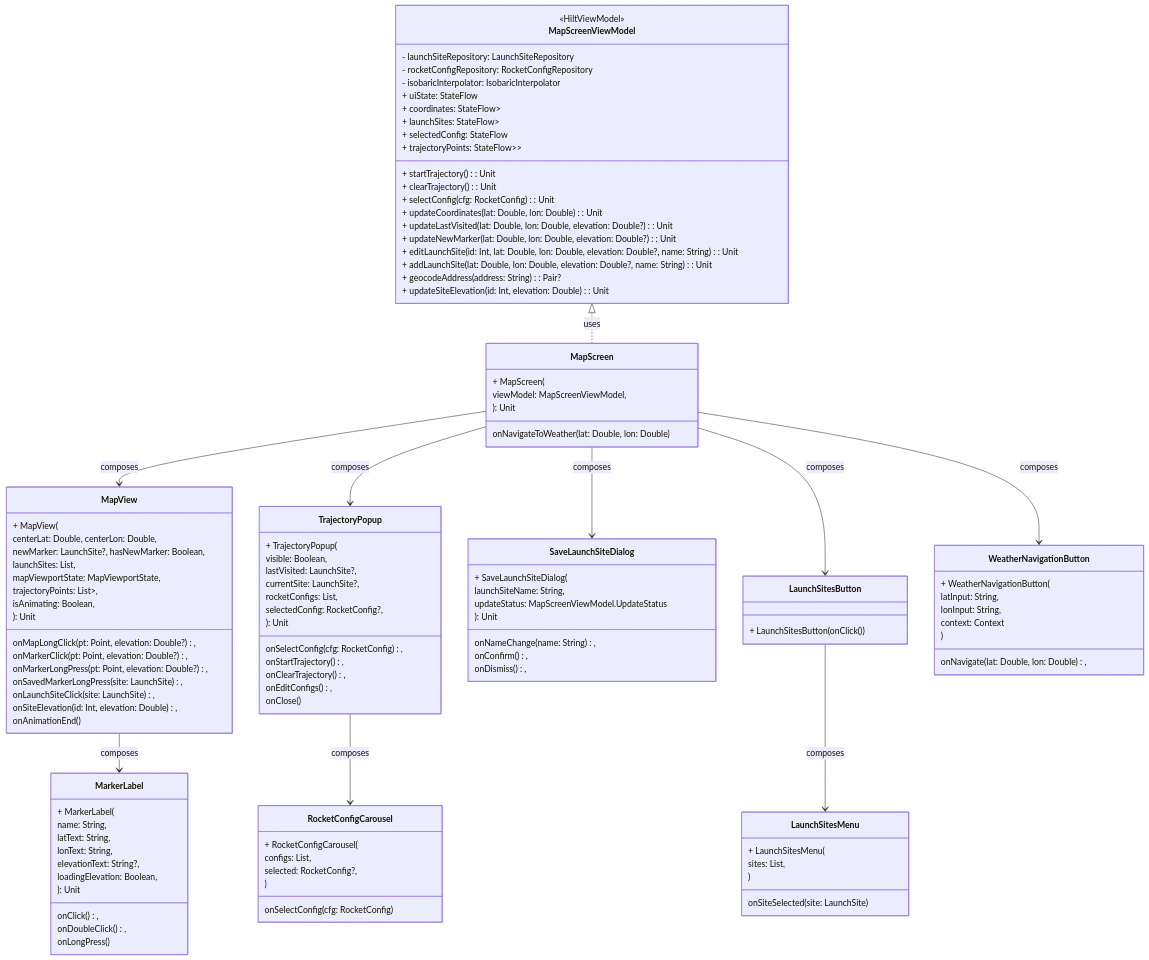
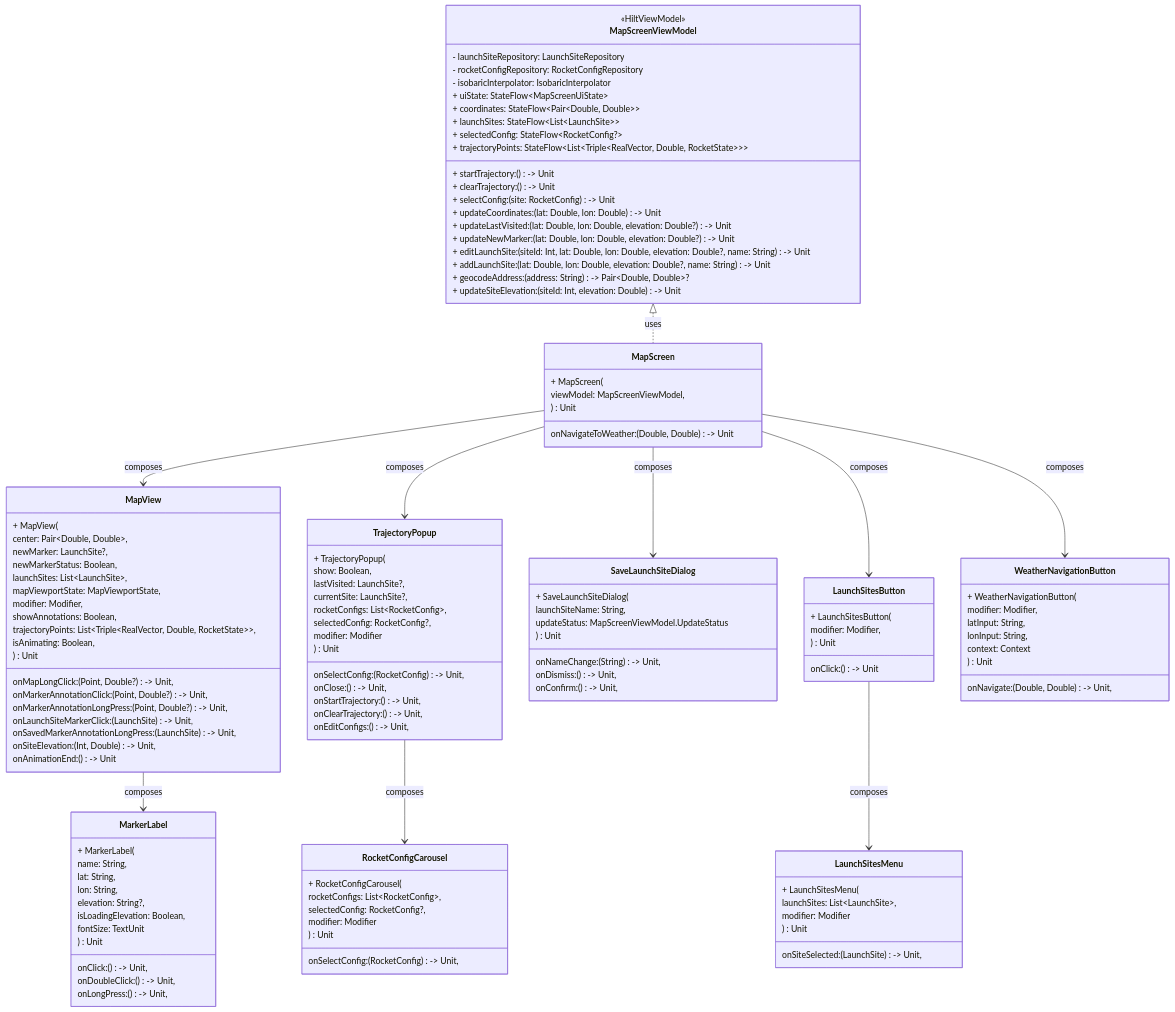
Diagram 11 of 11 in MODELING.md (insaafmah/SOAR), drawn with Mermaid before and after one commit.

Commit message:
edit class diagram for map

```diff
--- a/MODELING.md
+++ b/MODELING.md
@@ -854,112 +854,123 @@
         - launchSiteRepository: LaunchSiteRepository
         - rocketConfigRepository: RocketConfigRepository
         - isobaricInterpolator: IsobaricInterpolator
-        + uiState: StateFlow<MapScreenUiState>
-        + coordinates: StateFlow<Pair<Double, Double>>
-        + launchSites: StateFlow<List<LaunchSite>>
-        + selectedConfig: StateFlow<RocketConfig?>
-        + trajectoryPoints: StateFlow<List<Triple<RealVector, Double, RocketState>>>
-        + startTrajectory(): Unit
-        + clearTrajectory(): Unit
-        + selectConfig(cfg: RocketConfig): Unit
-        + updateCoordinates(lat: Double, lon: Double): Unit
-        + updateLastVisited(lat: Double, lon: Double, elevation: Double?): Unit
-        + updateNewMarker(lat: Double, lon: Double, elevation: Double?): Unit
-        + editLaunchSite(id: Int, lat: Double, lon: Double, elevation: Double?, name: String): Unit
-        + addLaunchSite(lat: Double, lon: Double, elevation: Double?, name: String): Unit
-        + geocodeAddress(address: String): Pair<Double, Double>?
-        + updateSiteElevation(id: Int, elevation: Double): Unit
+        + uiState: StateFlow&lt;MapScreenUiState&gt;
+        + coordinates: StateFlow&lt;Pair&lt;Double, Double&gt;&gt;
+        + launchSites: StateFlow&lt;List&lt;LaunchSite&gt;&gt;
+        + selectedConfig: StateFlow&lt;RocketConfig?&gt;
+        + trajectoryPoints: StateFlow&lt;List&lt;Triple&lt;RealVector, Double, RocketState&gt;&gt;&gt; 
+        + startTrajectory: () -> Unit
+        + clearTrajectory: () -> Unit
+        + selectConfig: (site: RocketConfig) -> Unit
+        + updateCoordinates: (lat: Double, lon: Double) -> Unit
+        + updateLastVisited: (lat: Double, lon: Double, elevation: Double?) -> Unit
+        + updateNewMarker: (lat: Double, lon: Double, elevation: Double?) -> Unit
+        + editLaunchSite: (siteId: Int, lat: Double, lon: Double, elevation: Double?, name: String) -> Unit
+        + addLaunchSite: (lat: Double, lon: Double, elevation: Double?, name: String) -> Unit
+        + geocodeAddress: (address: String) -> Pair&lt;Double, Double&gt;?
+        + updateSiteElevation: (siteId: Int, elevation: Double) -> Unit
     }
 
     class MapScreen {
         + MapScreen(
             viewModel: MapScreenViewModel,
-            onNavigateToWeather(lat: Double, lon: Double)
-          ): Unit
+            onNavigateToWeather: (Double, Double) -> Unit
+          ) : Unit
     }
 
     class MapView {
         + MapView(
-            centerLat: Double, centerLon: Double,
-            newMarker: LaunchSite?, hasNewMarker: Boolean,
-            launchSites: List<LaunchSite>,
+            center: Pair&lt;Double, Double&gt;,
+            newMarker: LaunchSite?,
+            newMarkerStatus: Boolean,
+            launchSites: List&lt;LaunchSite&gt;,
             mapViewportState: MapViewportState,
-            onMapLongClick(pt: Point, elevation: Double?),
-            onMarkerClick(pt: Point, elevation: Double?),
-            onMarkerLongPress(pt: Point, elevation: Double?),
-            onSavedMarkerLongPress(site: LaunchSite),
-            onLaunchSiteClick(site: LaunchSite),
-            onSiteElevation(id: Int, elevation: Double),
-            trajectoryPoints: List<Triple<RealVector, Double, RocketState>>,
+            modifier: Modifier,
+            showAnnotations: Boolean,
+            onMapLongClick: (Point, Double?) -> Unit,
+            onMarkerAnnotationClick: (Point, Double?) -> Unit,
+            onMarkerAnnotationLongPress: (Point, Double?) -> Unit,
+            onLaunchSiteMarkerClick: (LaunchSite) -> Unit,
+            onSavedMarkerAnnotationLongPress: (LaunchSite) -> Unit,
+            onSiteElevation: (Int, Double) -> Unit,
+            trajectoryPoints: List&lt;Triple&lt;RealVector, Double, RocketState&gt;&gt;,
             isAnimating: Boolean,
-            onAnimationEnd()
-          ): Unit
+            onAnimationEnd: () -> Unit
+          ) : Unit
     }
 
     class TrajectoryPopup {
         + TrajectoryPopup(
-            visible: Boolean,
+            show: Boolean,
             lastVisited: LaunchSite?,
             currentSite: LaunchSite?,
-            rocketConfigs: List<RocketConfig>,
+            rocketConfigs: List&lt;RocketConfig&gt;,
             selectedConfig: RocketConfig?,
-            onSelectConfig(cfg: RocketConfig),
-            onStartTrajectory(),
-            onClearTrajectory(),
-            onEditConfigs(),
-            onClose()
-          ): Unit
+            onSelectConfig: (RocketConfig) -> Unit,
+            onClose: () -> Unit,
+            onStartTrajectory: () -> Unit,
+            onClearTrajectory: () -> Unit,
+            onEditConfigs: () -> Unit,
+            modifier: Modifier
+          ) : Unit
     }
 
     class MarkerLabel {
         + MarkerLabel(
             name: String,
-            latText: String,
-            lonText: String,
-            elevationText: String?,
-            loadingElevation: Boolean,
-            onClick(),
-            onDoubleClick(),
-            onLongPress()
-          ): Unit
+            lat: String,
+            lon: String,
+            elevation: String?,
+            isLoadingElevation: Boolean,
+            onClick: () -> Unit,
+            onDoubleClick: () -> Unit,
+            onLongPress: () -> Unit,
+            fontSize: TextUnit
+          ) : Unit
     }
 
     class SaveLaunchSiteDialog {
         + SaveLaunchSiteDialog(
             launchSiteName: String,
-            onNameChange(name: String),
-            onConfirm(),
-            onDismiss(),
+            onNameChange: (String) -> Unit,
+            onDismiss: () -> Unit,
+            onConfirm: () -> Unit,
             updateStatus: MapScreenViewModel.UpdateStatus
-          ): Unit
+          ) : Unit
     }
 
     class LaunchSitesButton {
-        + LaunchSitesButton(onClick())
+        + LaunchSitesButton(
+            modifier: Modifier,
+            onClick: () -> Unit
+          ) : Unit
     }
 
     class LaunchSitesMenu {
         + LaunchSitesMenu(
-            sites: List<LaunchSite>,
-            onSiteSelected(site: LaunchSite)
-          )
+            launchSites: List&lt;LaunchSite&gt;,
+            onSiteSelected: (LaunchSite) -> Unit,
+            modifier: Modifier
+          ) : Unit
     }
 
     class RocketConfigCarousel {
         + RocketConfigCarousel(
-            configs: List<RocketConfig>,
-            selected: RocketConfig?,
-            onSelectConfig(cfg: RocketConfig)
-          )
+            rocketConfigs: List&lt;RocketConfig&gt;,
+            selectedConfig: RocketConfig?,
+            onSelectConfig: (RocketConfig) -> Unit,
+            modifier: Modifier
+          ) : Unit
     }
 
     class WeatherNavigationButton {
         + WeatherNavigationButton(
+            modifier: Modifier,
             latInput: String,
             lonInput: String,
-            onNavigate(lat: Double, lon: Double),
+            onNavigate: (Double, Double) -> Unit,
             context: Context
-          )
+          ) : Unit
     }
 
     %% Relationships
@@ -969,7 +980,7 @@
     MapScreen --> SaveLaunchSiteDialog      : composes
     MapScreen --> LaunchSitesButton         : composes
     LaunchSitesButton --> LaunchSitesMenu   : composes
-    TrajectoryPopup --> RocketConfigCarousel      : composes
+    TrajectoryPopup --> RocketConfigCarousel: composes
     MapScreen --> WeatherNavigationButton   : composes
     MapView --> MarkerLabel                 : composes
 
```
